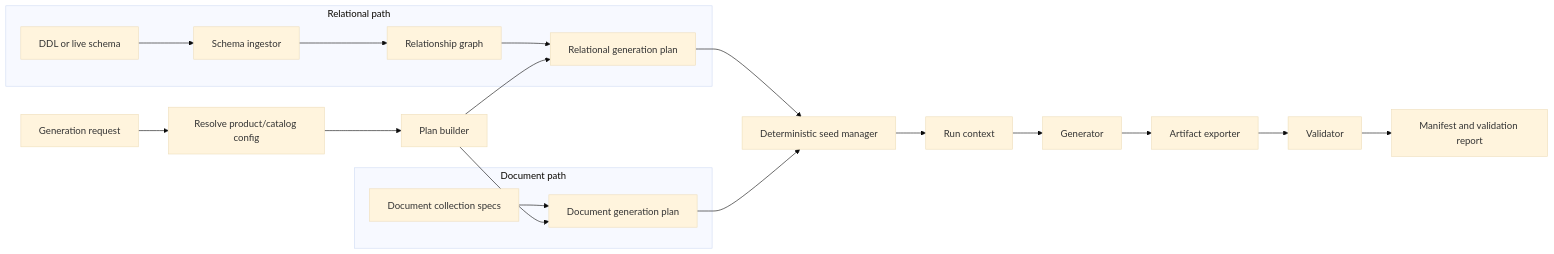
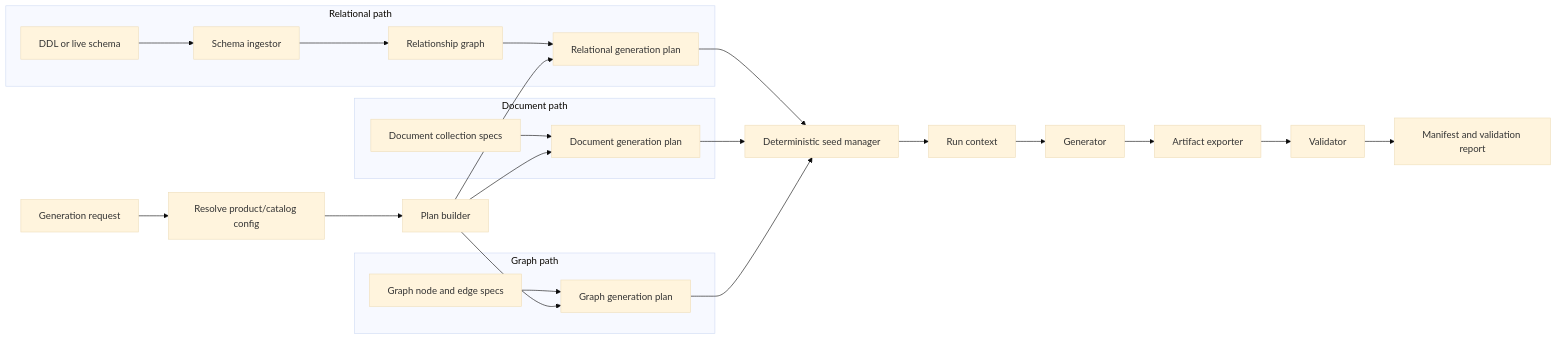
Before and after one commit to smitzo/DataBoom: the third of 8 diagrams in docs/engineering/architecture.md, drawn with Mermaid (base theme). The commit also changed other lines of this file and 5 other files, not shown here.

Commit message:
docs: explain graph boom engine

````diff
--- a/docs/engineering/architecture.md
+++ b/docs/engineering/architecture.md
@@ -62,25 +62,31 @@
 ```mermaid
 flowchart LR
     Request[Generation request] --> ProductResolver[Resolve product/catalog config]
     ProductResolver --> Planner[Plan builder]
 
     subgraph RelationalPath[Relational path]
         DDL[DDL or live schema] --> SchemaIngestor[Schema ingestor]
         SchemaIngestor --> RelationshipGraph[Relationship graph]
         RelationshipGraph --> RelationalPlan[Relational generation plan]
     end
 
     subgraph DocumentPath[Document path]
         DocumentSpec[Document collection specs] --> DocumentPlan[Document generation plan]
     end
 
+    subgraph GraphPath[Graph path]
+        GraphSpec[Graph node and edge specs] --> GraphPlan[Graph generation plan]
+    end
+
     Planner --> RelationalPlan
     Planner --> DocumentPlan
+    Planner --> GraphPlan
     RelationalPlan --> SeedManager[Deterministic seed manager]
     DocumentPlan --> SeedManager
+    GraphPlan --> SeedManager
     SeedManager --> Runtime[Run context]
     Runtime --> Generator[Generator]
     Generator --> Exporter[Artifact exporter]
     Exporter --> Validator[Validator]
     Validator --> Manifest[Manifest and validation report]
 ```
````
